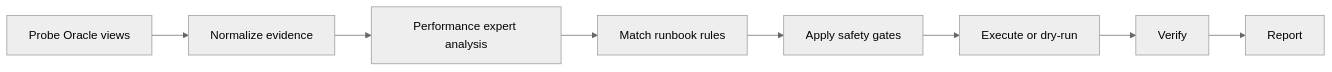
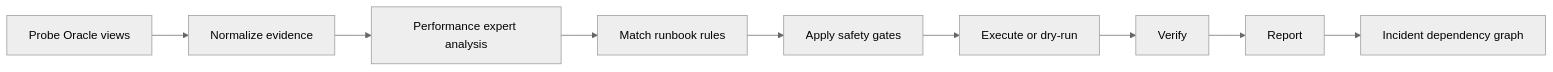
Before and after one commit to teohhy-svg/self-healing-oracledb-agent: the first of 2 diagrams in docs/architecture.md, drawn with Mermaid (neutral theme). The commit also changed other lines of this file and 17 other files, not shown here.

Commit message:
Add harness graph and Zabbix incident bridge

````diff
--- a/docs/architecture.md
+++ b/docs/architecture.md
@@ -5,10 +5,11 @@
 ```mermaid
 flowchart LR
   A["Probe Oracle views"] --> B["Normalize evidence"]
   B --> C["Performance expert analysis"]
   C --> D["Match runbook rules"]
   D --> E["Apply safety gates"]
   E --> F["Execute or dry-run"]
   F --> G["Verify"]
   G --> H["Report"]
+  H --> I["Incident dependency graph"]
 ```
````
